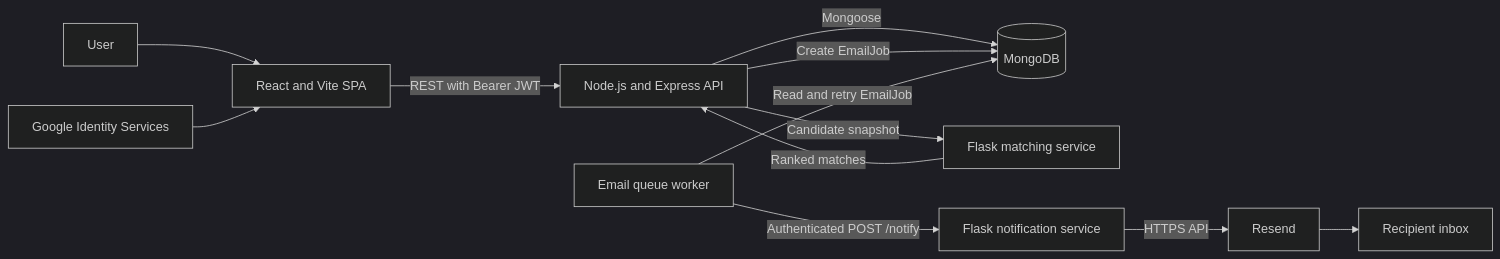
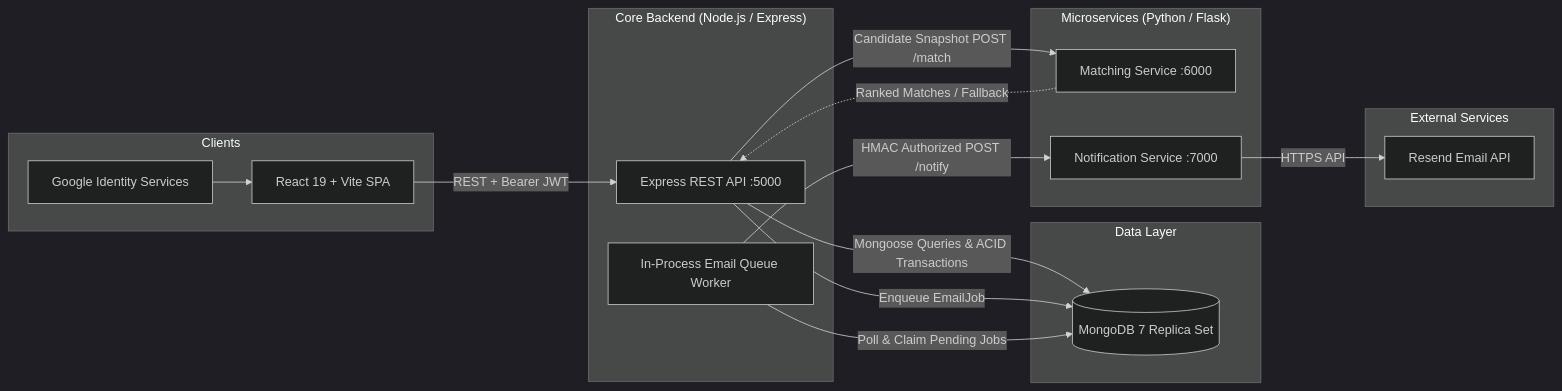
The first of 5 diagrams in README.md (eeemrann/skillswap), drawn with Mermaid (dark theme) before and after one commit. The commit also changed other lines of this file, not shown here.

````diff
--- a/README.md
+++ b/README.md
@@ -37,16 +116,35 @@
 ```mermaid
 flowchart LR
-    User[User] --> Web[React and Vite SPA]
-    Google[Google Identity Services] --> Web
-    Web -->|REST with Bearer JWT| API[Node.js and Express API]
+    subgraph Clients
+        Browser[React 19 + Vite SPA]
+        GIS[Google Identity Services] --> Browser
+    end
 
-    API -->|Mongoose| Mongo[(MongoDB)]
-    API -->|Candidate snapshot| Match[Flask matching service]
-    Match -->|Ranked matches| API
+    subgraph CoreBackend["Core Backend (Node.js / Express)"]
+        API[Express REST API :5000]
+        EmailWorker[In-Process Email Queue Worker]
+    end
 
-    API -->|Create EmailJob| Mongo
-    Worker[Email queue worker] -->|Read and retry EmailJob| Mongo
-    Worker -->|Authenticated POST /notify| Notify[Flask notification service]
-    Notify -->|HTTPS API| Resend[Resend]
-    Resend --> Inbox[Recipient inbox]
+    subgraph DataStore["Data Layer"]
+        MongoDB[(MongoDB 7 Replica Set)]
+    end
+
+    subgraph Microservices["Microservices (Python / Flask)"]
+        MatchService[Matching Service :6000]
+        NotifyService[Notification Service :7000]
+    end
+
+    subgraph External["External Services"]
+        Resend[Resend Email API]
+    end
+
+    Browser -->|REST + Bearer JWT| API
+    API -->|Mongoose Queries & ACID Transactions| MongoDB
+    API -->|Candidate Snapshot POST /match| MatchService
+    MatchService -.->|Ranked Matches / Fallback| API
+
+    API -->|Enqueue EmailJob| MongoDB
+    EmailWorker -->|Poll & Claim Pending Jobs| MongoDB
+    EmailWorker -->|HMAC Authorized POST /notify| NotifyService
+    NotifyService -->|HTTPS API| Resend
 ```
````
